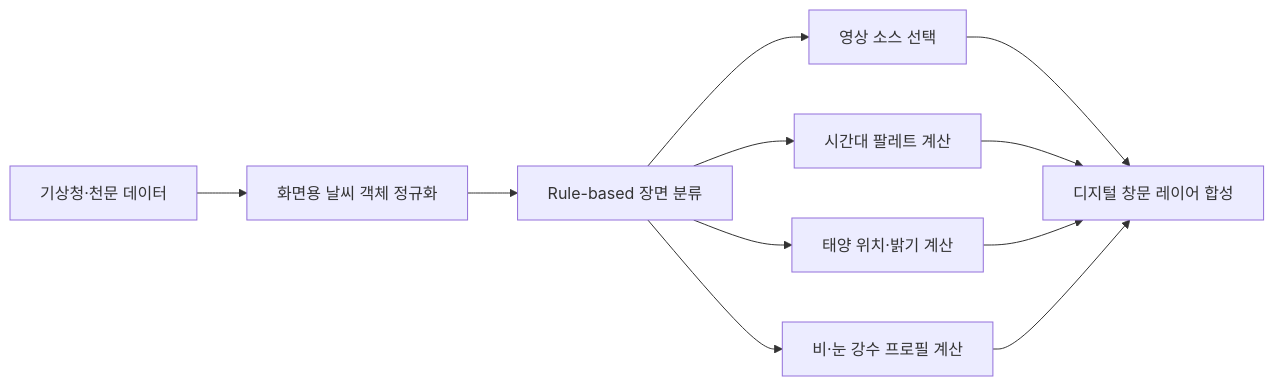
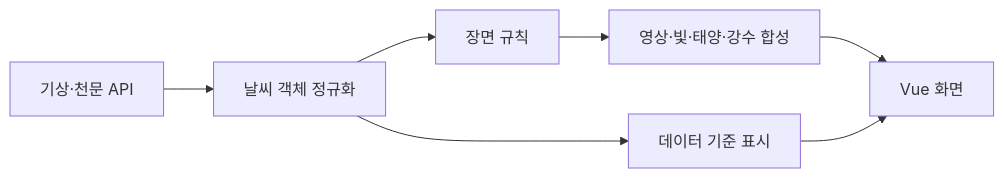
Before and after one commit to woorivermountain/sky-now: the diagram in README.md, drawn with Mermaid. The commit also changed other lines of this file, not shown here.

Commit message:
docs: improve reading flow and clarify implementation scope

````diff
--- a/README.md
+++ b/README.md
@@ -67,13 +26,9 @@
 ```mermaid
 flowchart LR
-  I["기상청·천문 데이터"] --> N["화면용 날씨 객체 정규화"]
-  N --> R["Rule-based 장면 분류"]
-  R --> M["영상 소스 선택"]
-  R --> P["시간대 팔레트 계산"]
-  R --> S["태양 위치·밝기 계산"]
-  R --> W["비·눈 강수 프로필 계산"]
-  M --> C["디지털 창문 레이어 합성"]
-  P --> C
-  S --> C
-  W --> C
+  A[기상·천문 API] --> B[날씨 객체 정규화]
+  B --> C[장면 규칙]
+  C --> D[영상·빛·태양·강수 합성]
+  B --> E[데이터 기준 표시]
+  D --> F[Vue 화면]
+  E --> F
 ```
````
